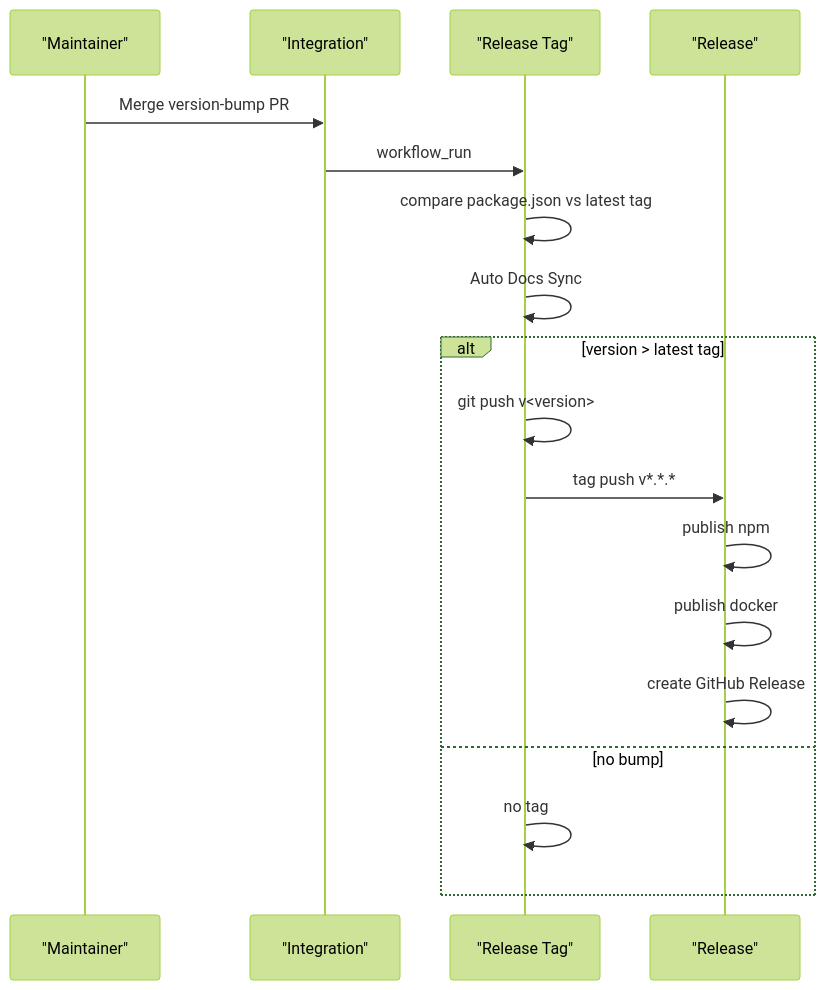
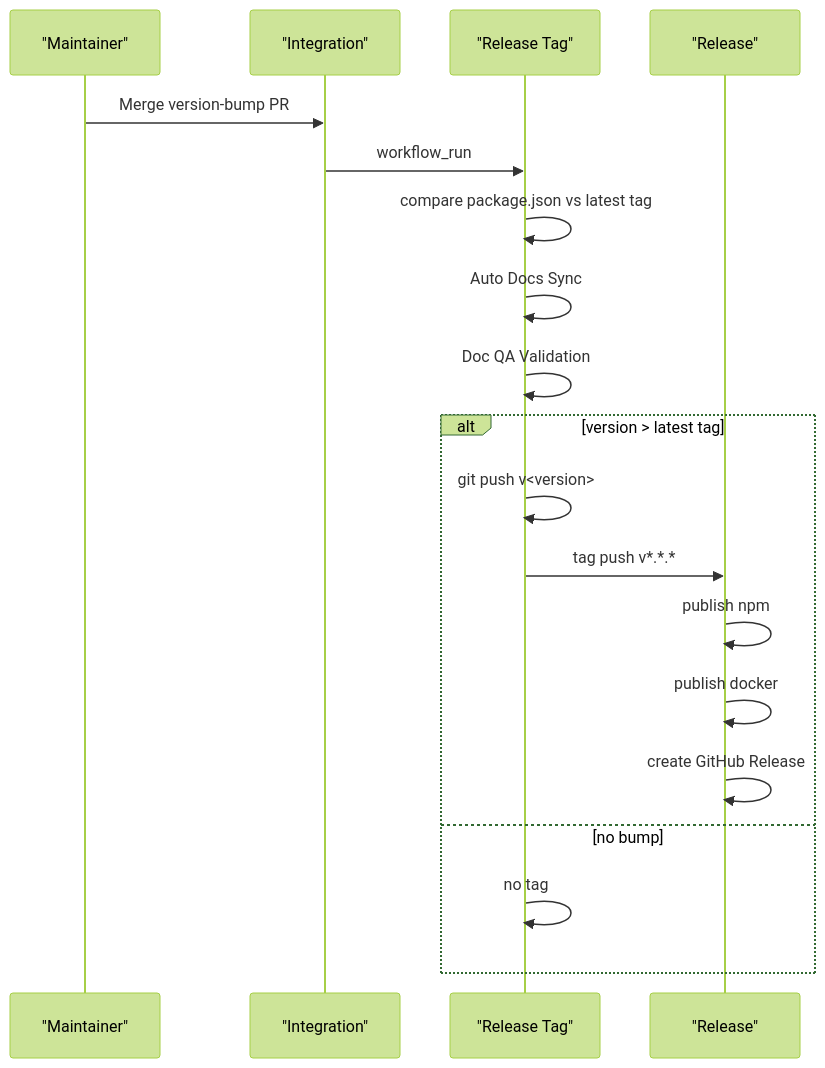
The seventh of 8 diagrams in .qoder/repowiki/en/content/Contributing & Development.md (debian777/kairos-mcp), drawn with Mermaid (forest theme) before and after one commit. The commit also changed other lines of this file and 3 other files, not shown here.

````diff
--- a/.qoder/repowiki/en/content/Contributing & Development.md
+++ b/.qoder/repowiki/en/content/Contributing & Development.md
@@ -267,20 +334,21 @@
 ```mermaid
 sequenceDiagram
 participant Dev as "Maintainer"
 participant Int as "Integration"
 participant RT as "Release Tag"
 participant Rel as "Release"
 Dev->>Int : Merge version-bump PR
 Int->>RT : workflow_run
 RT->>RT : compare package.json vs latest tag
 RT->>RT : Auto Docs Sync
+RT->>RT : Doc QA Validation
 alt version > latest tag
 RT->>RT : git push v<version>
 RT->>Rel : tag push v*.*.*
 Rel->>Rel : publish npm
 Rel->>Rel : publish docker
 Rel->>Rel : create GitHub Release
 else no bump
 RT->>RT : no tag
 end
 ```
````
